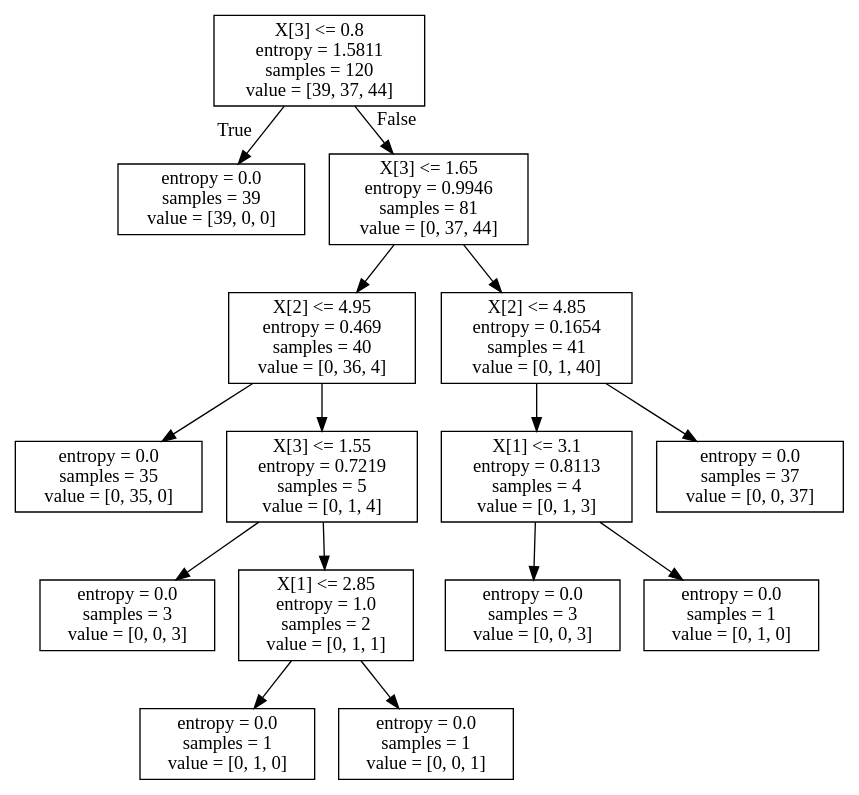
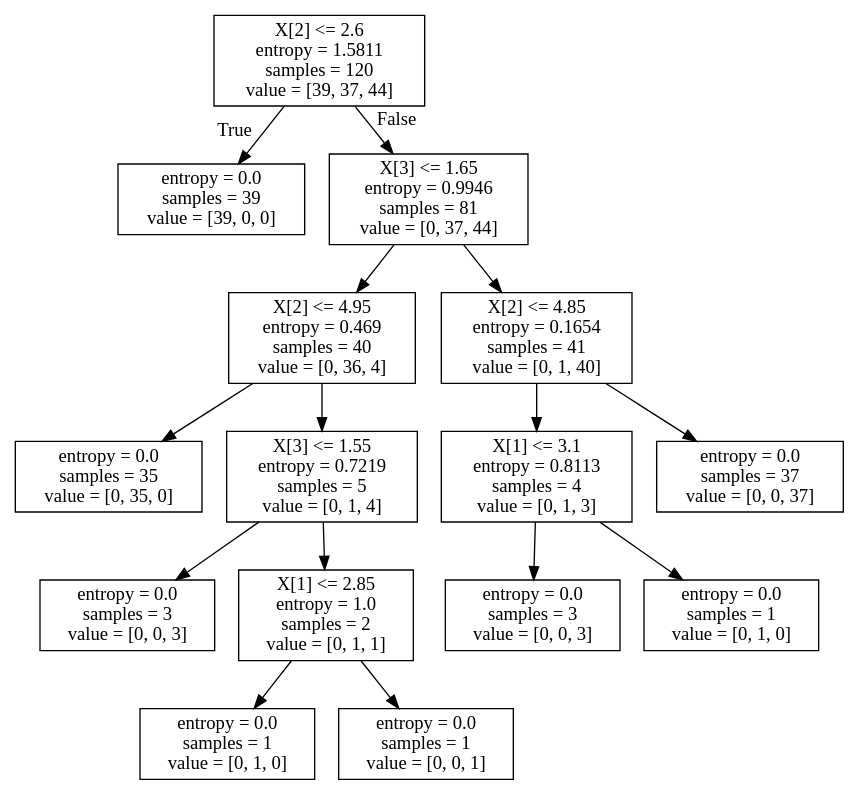
The diagram in sklearn/tree.dot (ssj234/PythonStudy), drawn with Graphviz before and after one commit. The commit also changed 1 other file, not shown here.

```diff
--- a/sklearn/tree.dot
+++ b/sklearn/tree.dot
@@ -1,32 +1,32 @@
 digraph Tree {
 node [shape=box] ;
-0 [label="X[3] <= 0.8\nentropy = 1.5811\nsamples = 120\nvalue = [39, 37, 44]"] ;
+0 [label="X[2] <= 2.6\nentropy = 1.5811\nsamples = 120\nvalue = [39, 37, 44]"] ;
 1 [label="entropy = 0.0\nsamples = 39\nvalue = [39, 0, 0]"] ;
 0 -> 1 [labeldistance=2.5, labelangle=45, headlabel="True"] ;
 2 [label="X[3] <= 1.65\nentropy = 0.9946\nsamples = 81\nvalue = [0, 37, 44]"] ;
 0 -> 2 [labeldistance=2.5, labelangle=-45, headlabel="False"] ;
 3 [label="X[2] <= 4.95\nentropy = 0.469\nsamples = 40\nvalue = [0, 36, 4]"] ;
 2 -> 3 ;
 4 [label="entropy = 0.0\nsamples = 35\nvalue = [0, 35, 0]"] ;
 3 -> 4 ;
 5 [label="X[3] <= 1.55\nentropy = 0.7219\nsamples = 5\nvalue = [0, 1, 4]"] ;
 3 -> 5 ;
 6 [label="entropy = 0.0\nsamples = 3\nvalue = [0, 0, 3]"] ;
 5 -> 6 ;
 7 [label="X[1] <= 2.85\nentropy = 1.0\nsamples = 2\nvalue = [0, 1, 1]"] ;
 5 -> 7 ;
 8 [label="entropy = 0.0\nsamples = 1\nvalue = [0, 1, 0]"] ;
 7 -> 8 ;
 9 [label="entropy = 0.0\nsamples = 1\nvalue = [0, 0, 1]"] ;
 7 -> 9 ;
 10 [label="X[2] <= 4.85\nentropy = 0.1654\nsamples = 41\nvalue = [0, 1, 40]"] ;
 2 -> 10 ;
 11 [label="X[1] <= 3.1\nentropy = 0.8113\nsamples = 4\nvalue = [0, 1, 3]"] ;
 10 -> 11 ;
 12 [label="entropy = 0.0\nsamples = 3\nvalue = [0, 0, 3]"] ;
 11 -> 12 ;
 13 [label="entropy = 0.0\nsamples = 1\nvalue = [0, 1, 0]"] ;
 11 -> 13 ;
 14 [label="entropy = 0.0\nsamples = 37\nvalue = [0, 0, 37]"] ;
 10 -> 14 ;
 }
```
